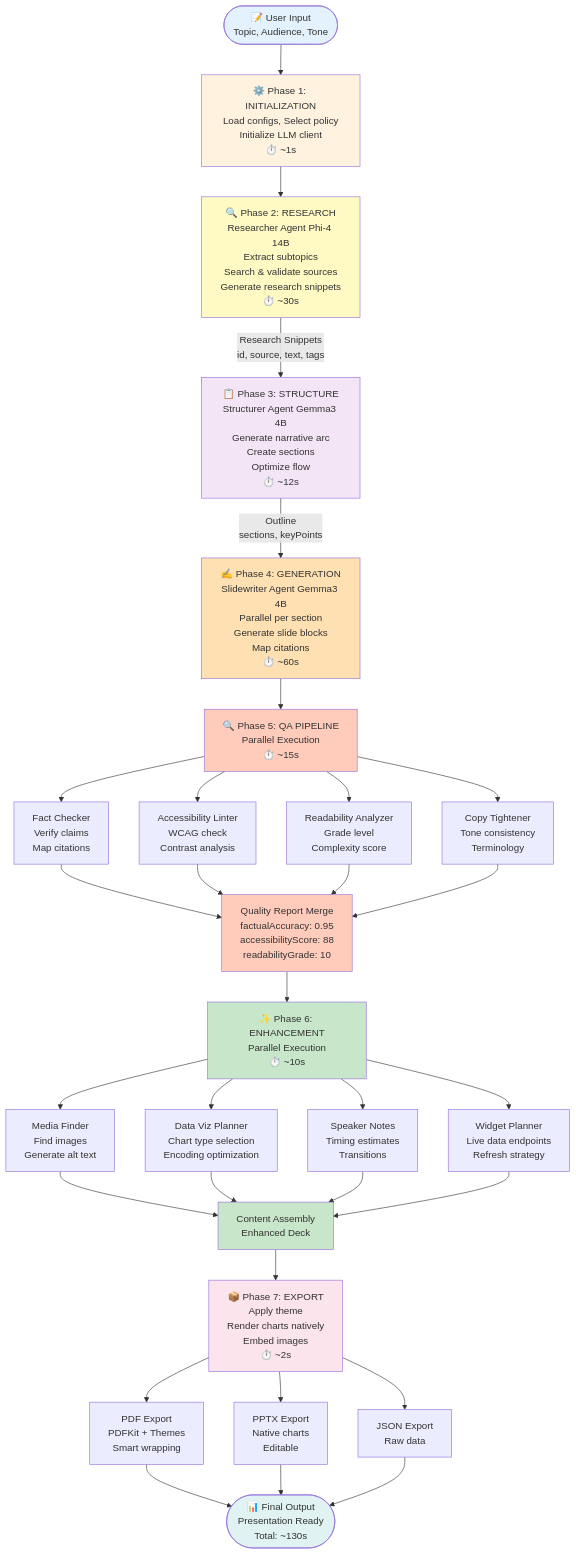
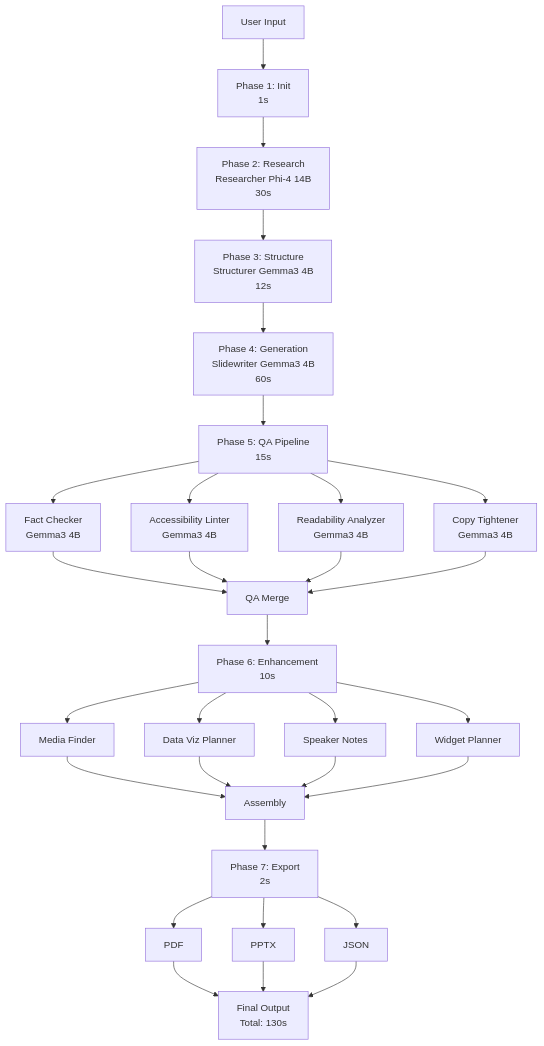
Before and after one commit to aryankumawat/SlideSmith: the third of 3 diagrams in README.md, drawn with Mermaid. The commit also changed other lines of this file, not shown here.

First line of the commit message:
🎨 Simplify Mermaid diagrams for better readability

````diff
--- a/README.md
+++ b/README.md
@@ -497,56 +414,44 @@
 ```mermaid
 flowchart TD
-    Start([📝 User Input<br/>Topic, Audience, Tone]) --> Init[⚙️ Phase 1: INITIALIZATION<br/>Load configs, Select policy<br/>Initialize LLM client<br/>⏱️ ~1s]
+    Start[User Input] --> Init[Phase 1: Init<br/>1s]
     
-    Init --> Research[🔍 Phase 2: RESEARCH<br/>Researcher Agent Phi-4 14B<br/>Extract subtopics<br/>Search & validate sources<br/>Generate research snippets<br/>⏱️ ~30s]
+    Init --> Research[Phase 2: Research<br/>Researcher Phi-4 14B<br/>30s]
     
-    Research -->|Research Snippets<br/>id, source, text, tags| Structure[📋 Phase 3: STRUCTURE<br/>Structurer Agent Gemma3 4B<br/>Generate narrative arc<br/>Create sections<br/>Optimize flow<br/>⏱️ ~12s]
+    Research --> Structure[Phase 3: Structure<br/>Structurer Gemma3 4B<br/>12s]
     
-    Structure -->|Outline<br/>sections, keyPoints| Generate[✍️ Phase 4: GENERATION<br/>Slidewriter Agent Gemma3 4B<br/>Parallel per section<br/>Generate slide blocks<br/>Map citations<br/>⏱️ ~60s]
+    Structure --> Generate[Phase 4: Generation<br/>Slidewriter Gemma3 4B<br/>60s]
     
-    Generate --> QA[🔍 Phase 5: QA PIPELINE<br/>Parallel Execution<br/>⏱️ ~15s]
+    Generate --> QA[Phase 5: QA Pipeline<br/>15s]
     
-    QA --> QA1[Fact Checker<br/>Verify claims<br/>Map citations]
-    QA --> QA2[Accessibility Linter<br/>WCAG check<br/>Contrast analysis]
-    QA --> QA3[Readability Analyzer<br/>Grade level<br/>Complexity score]
-    QA --> QA4[Copy Tightener<br/>Tone consistency<br/>Terminology]
+    QA --> QA1[Fact Checker<br/>Gemma3 4B]
+    QA --> QA2[Accessibility Linter<br/>Gemma3 4B]
+    QA --> QA3[Readability Analyzer<br/>Gemma3 4B]
+    QA --> QA4[Copy Tightener<br/>Gemma3 4B]
     
-    QA1 --> QAMerge[Quality Report Merge<br/>factualAccuracy: 0.95<br/>accessibilityScore: 88<br/>readabilityGrade: 10]
+    QA1 --> QAMerge[QA Merge]
     QA2 --> QAMerge
     QA3 --> QAMerge
     QA4 --> QAMerge
     
-    QAMerge --> Enhance[✨ Phase 6: ENHANCEMENT<br/>Parallel Execution<br/>⏱️ ~10s]
+    QAMerge --> Enhance[Phase 6: Enhancement<br/>10s]
     
-    Enhance --> E1[Media Finder<br/>Find images<br/>Generate alt text]
-    Enhance --> E2[Data Viz Planner<br/>Chart type selection<br/>Encoding optimization]
-    Enhance --> E3[Speaker Notes<br/>Timing estimates<br/>Transitions]
-    Enhance --> E4[Widget Planner<br/>Live data endpoints<br/>Refresh strategy]
+    Enhance --> E1[Media Finder]
+    Enhance --> E2[Data Viz Planner]
+    Enhance --> E3[Speaker Notes]
+    Enhance --> E4[Widget Planner]
     
-    E1 --> Assembly[Content Assembly<br/>Enhanced Deck]
+    E1 --> Assembly[Assembly]
     E2 --> Assembly
     E3 --> Assembly
     E4 --> Assembly
     
-    Assembly --> Export[📦 Phase 7: EXPORT<br/>Apply theme<br/>Render charts natively<br/>Embed images<br/>⏱️ ~2s]
+    Assembly --> Export[Phase 7: Export<br/>2s]
     
-    Export --> PDF[PDF Export<br/>PDFKit + Themes<br/>Smart wrapping]
-    Export --> PPTX[PPTX Export<br/>Native charts<br/>Editable]
-    Export --> JSON[JSON Export<br/>Raw data]
+    Export --> PDF[PDF]
+    Export --> PPTX[PPTX]
+    Export --> JSON[JSON]
     
-    PDF --> Output([📊 Final Output<br/>Presentation Ready<br/>Total: ~130s])
+    PDF --> Output[Final Output<br/>Total: 130s]
     PPTX --> Output
     JSON --> Output
-    
-    style Start fill:#e3f2fd
-    style Init fill:#fff3e0
-    style Research fill:#fff9c4
-    style Structure fill:#f3e5f5
-    style Generate fill:#ffe0b2
-    style QA fill:#ffccbc
-    style QAMerge fill:#ffccbc
-    style Enhance fill:#c8e6c9
-    style Assembly fill:#c8e6c9
-    style Export fill:#fce4ec
-    style Output fill:#e0f2f1
 ```
````
